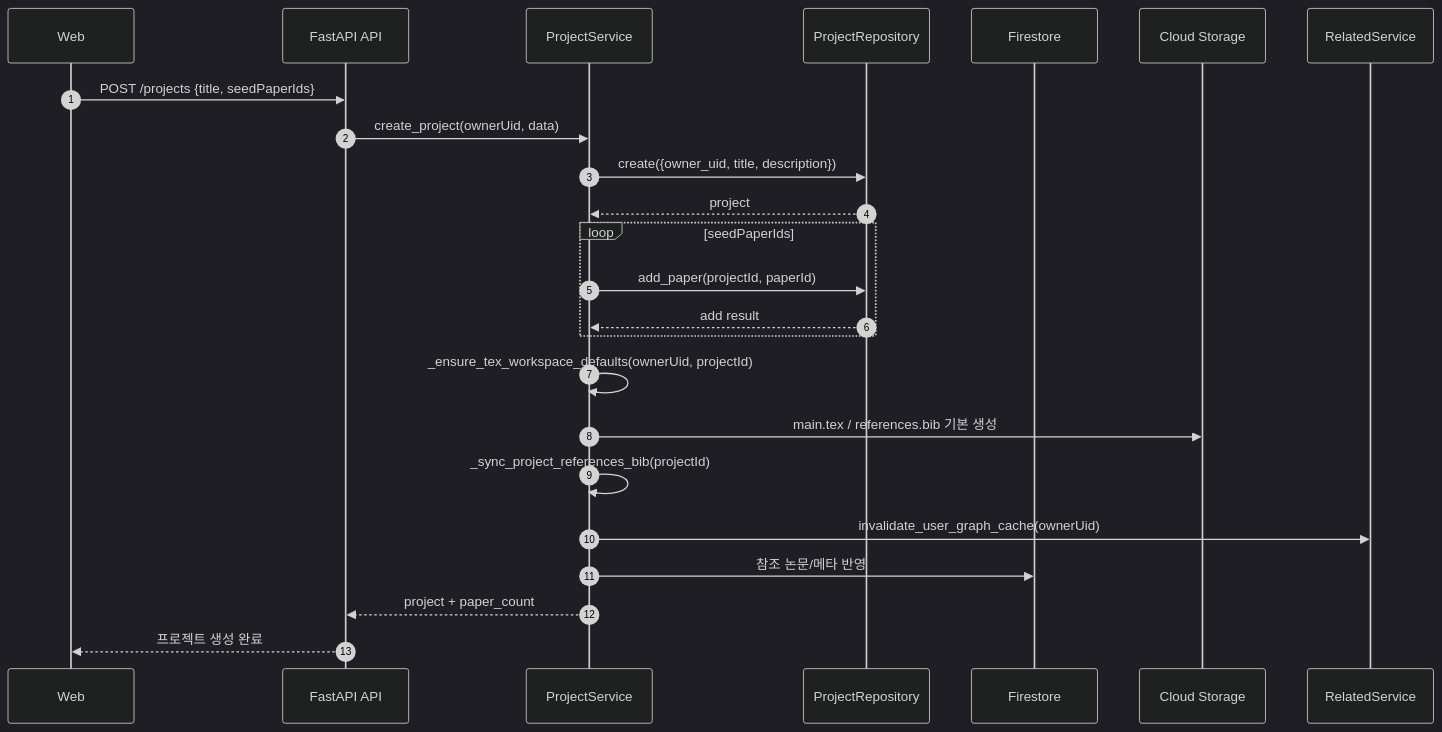
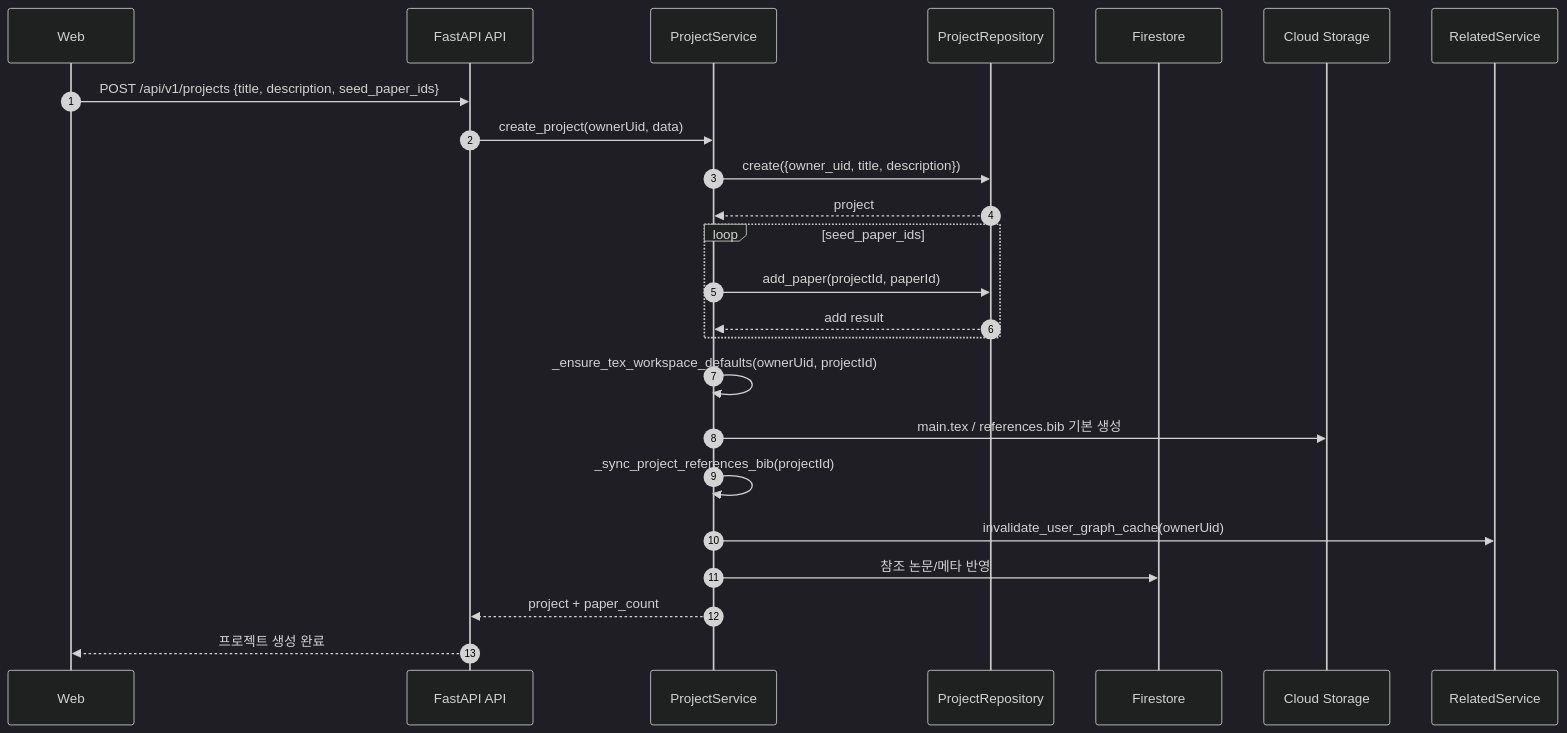
The fifth of 15 diagrams in 프로젝트_서비스_구조_및_도메인별_기능서.md (hwacho9/ai-paper), drawn with Mermaid (dark theme) before and after one commit. The commit also changed other lines of this file and 1 other file, not shown here.

First line of the commit message:
feat: Add comprehensive documentation for AI Paper project architecture and domain logic

````diff
--- a/프로젝트_서비스_구조_및_도메인별_기능서.md
+++ b/프로젝트_서비스_구조_및_도메인별_기능서.md
@@ -408,27 +338,27 @@
 ```mermaid
 sequenceDiagram
   autonumber
   participant W as Web
   participant API as FastAPI API
   participant PS as ProjectService
   participant PR as ProjectRepository
   participant FS as Firestore
   participant GCS as Cloud Storage
   participant RG as RelatedService
 
-  W->>API: POST /projects {title, seedPaperIds}
+  W->>API: POST /api/v1/projects {title, description, seed_paper_ids}
   API->>PS: create_project(ownerUid, data)
   PS->>PR: create({owner_uid, title, description})
   PR-->>PS: project
-  loop seedPaperIds
+  loop seed_paper_ids
     PS->>PR: add_paper(projectId, paperId)
     PR-->>PS: add result
   end
   PS->>PS: _ensure_tex_workspace_defaults(ownerUid, projectId)
   PS->>GCS: main.tex / references.bib 기본 생성
   PS->>PS: _sync_project_references_bib(projectId)
   PS->>RG: invalidate_user_graph_cache(ownerUid)
   PS->>FS: 참조 논문/메타 반영
   PS-->>API: project + paper_count
   API-->>W: 프로젝트 생성 완료
 ```
````
